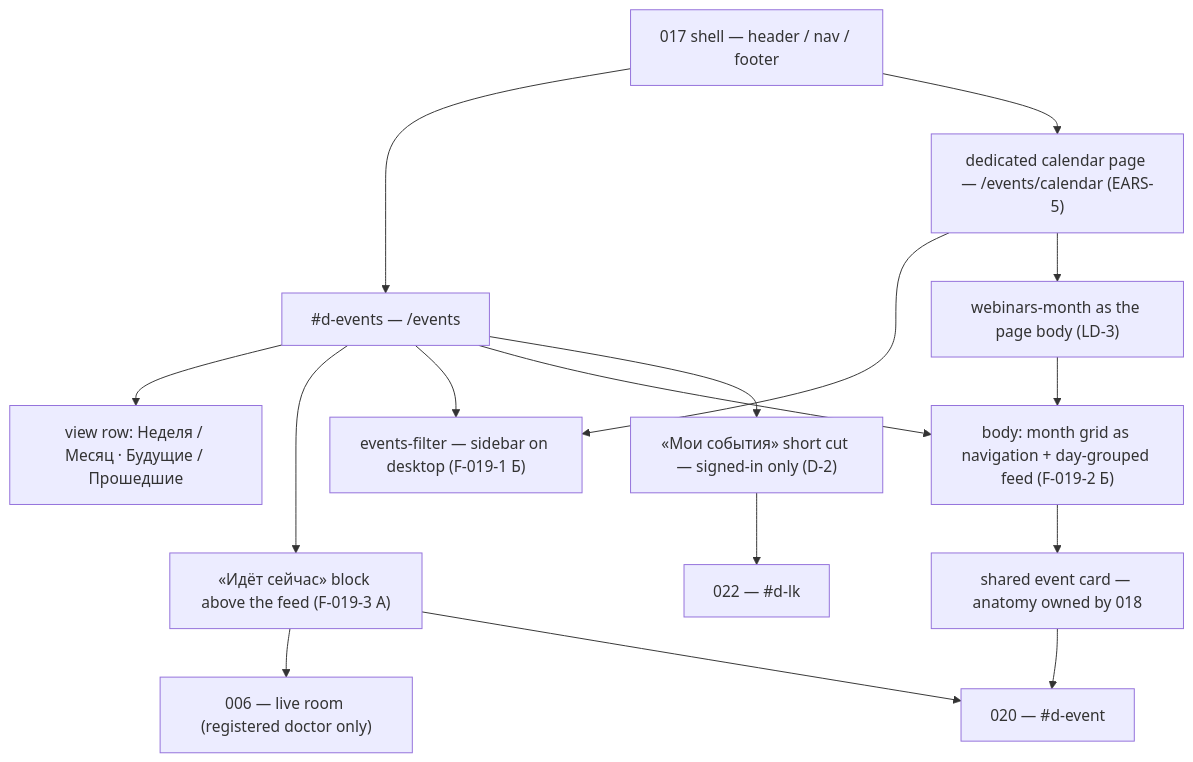
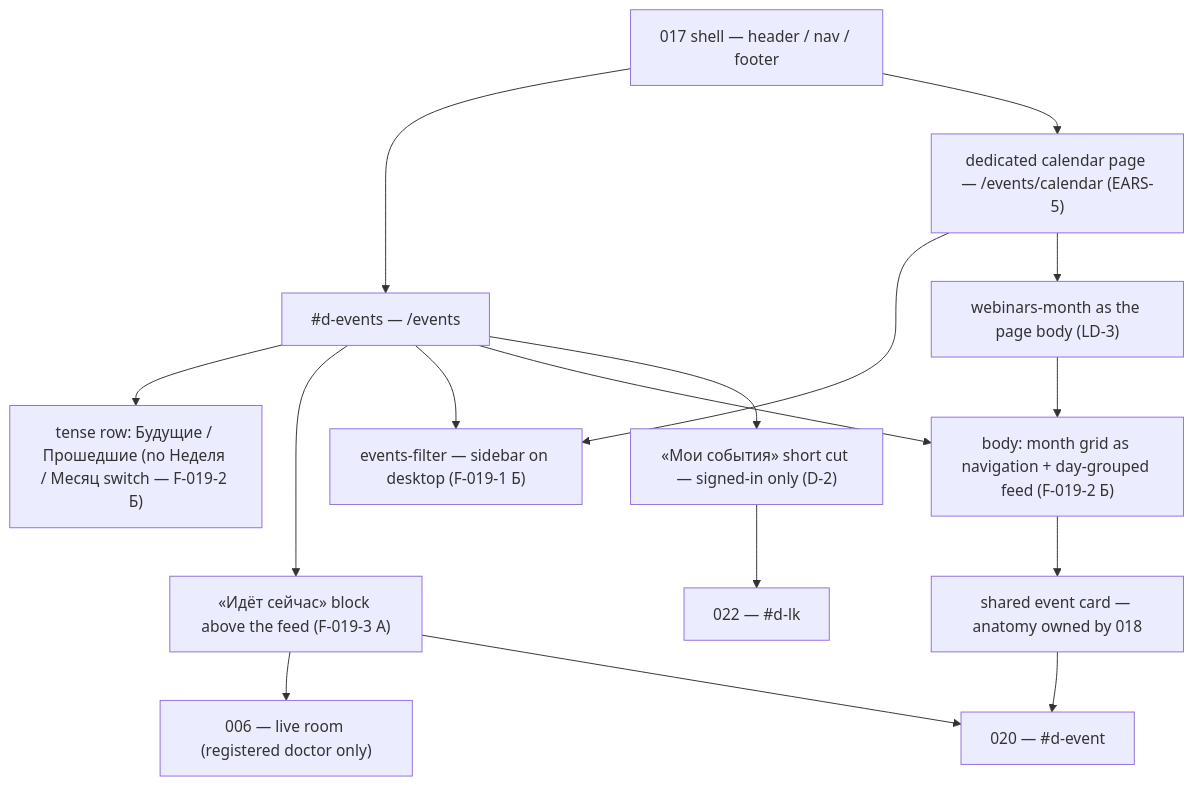
Before and after one commit to doctor-school/ds-platform: the first of 6 diagrams in apps/docs/content/specs/features/019-doctor-events-feed/019-design.md, drawn with Mermaid. The commit also changed other lines of this file and 3 other files, not shown here.

Commit message:
docs(1514): fold Mode-a review of #1533 — drop the view switch per owner pick

````diff
--- a/apps/docs/content/specs/features/019-doctor-events-feed/019-design.md
+++ b/apps/docs/content/specs/features/019-doctor-events-feed/019-design.md
@@ -17,18 +17,18 @@
 ```mermaid
 graph TD
   Shell["017 shell — header / nav / footer"] --> Events["#d-events — /events"]
   Shell --> Cal["dedicated calendar page — /events/calendar (EARS-5)"]
-  Events --> Row["view row: Неделя / Месяц · Будущие / Прошедшие"]
+  Events --> Row["tense row: Будущие / Прошедшие (no Неделя / Месяц switch — F-019-2 Б)"]
   Events --> Live["«Идёт сейчас» block above the feed (F-019-3 А)"]
   Events --> Panel["events-filter — sidebar on desktop (F-019-1 Б)"]
   Events --> Body["body: month grid as navigation + day-grouped feed (F-019-2 Б)"]
   Events --> Mine["«Мои события» short cut — signed-in only (D-2)"]
   Cal --> Panel
   Cal --> Month["webinars-month as the page body (LD-3)"]
   Body --> Card["shared event card — anatomy owned by 018"]
   Month --> Body
   Card --> Event["020 — #d-event"]
   Live --> Room["006 — live room (registered doctor only)"]
   Live --> Event
   Mine --> Cabinet["022 — #d-lk"]
 ```
````
